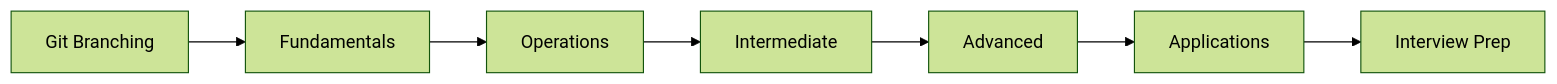
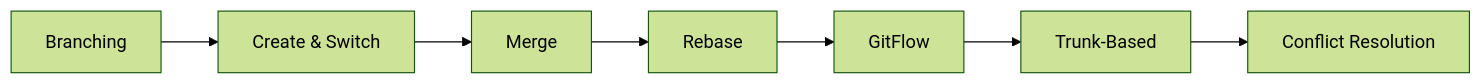
The first of 6 diagrams in docs/courses/ai-engineering-placement/04-git-linux-cli/02-git-branching.md (Raushan666java/ai-engineering-journey), drawn with Mermaid (forest theme) before and after one commit. The commit also changed other lines of this file and 219 other files, not shown here.

````diff
--- a/docs/courses/ai-engineering-placement/04-git-linux-cli/02-git-branching.md
+++ b/docs/courses/ai-engineering-placement/04-git-linux-cli/02-git-branching.md
@@ -27,9 +34,9 @@
 ```mermaid
 flowchart LR
-    A[Git Branching] --> B[Fundamentals]
-    B --> C[Operations]
-    C --> D[Intermediate]
-    D --> E[Advanced]
-    E --> F[Applications]
-    F --> G[Interview Prep]
+    A[Branching] --> B[Create & Switch]
+    B --> C[Merge]
+    C --> D[Rebase]
+    D --> E[GitFlow]
+    E --> F[Trunk-Based]
+    F --> G[Conflict Resolution]
 ```
````
